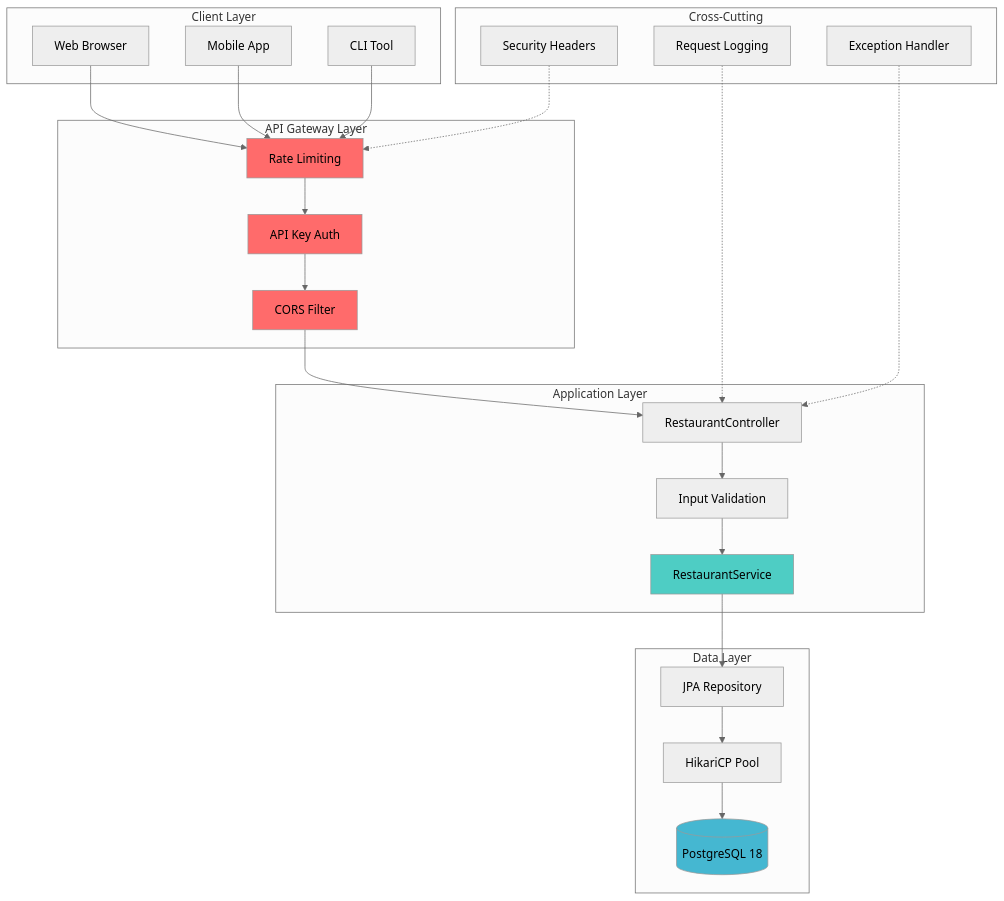
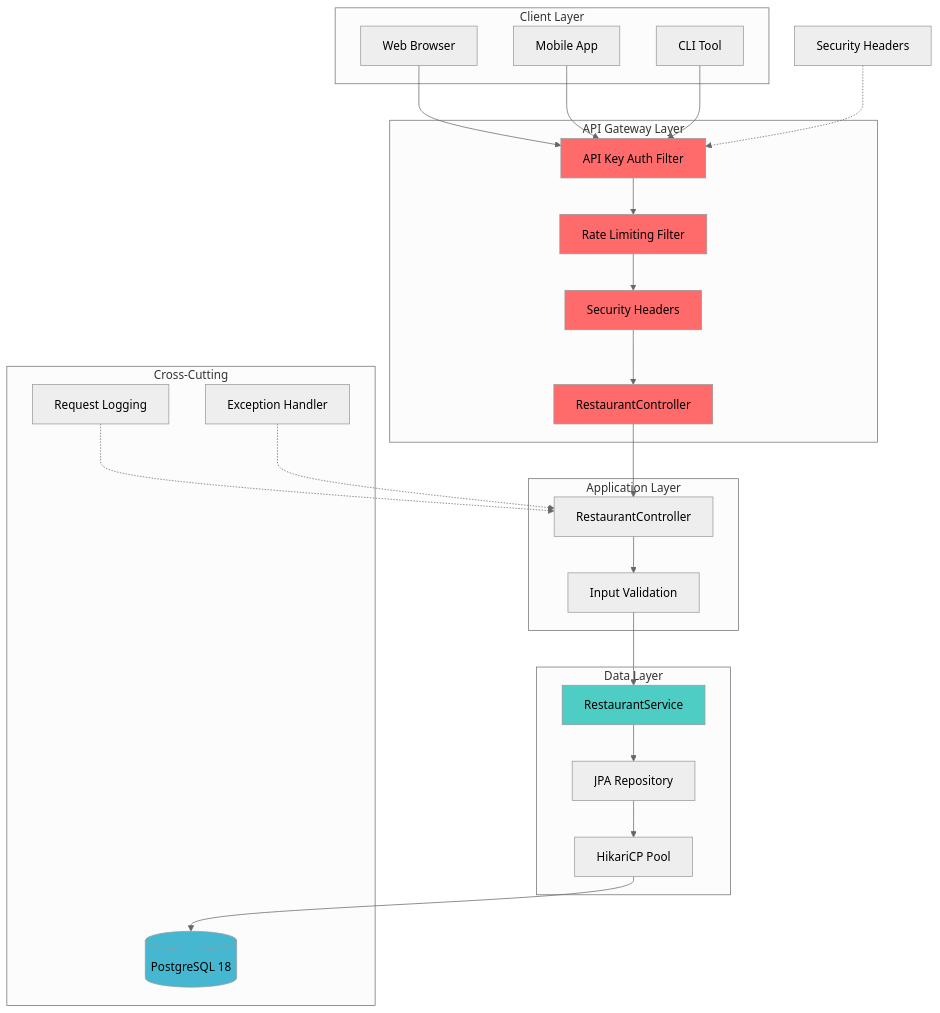
One commit to GDSC-FSC/gdg-fsc-x-bc-cloud-workshop changed the first of 3 diagrams in docs/api/README.md. Above: the diagram before and after it, drawn with Mermaid (neutral theme). The commit also changed other lines of this file and 31 other files, not shown here.

````diff
--- a/docs/api/README.md
+++ b/docs/api/README.md
@@ -99,56 +99,59 @@
 ```mermaid
 graph TB
     subgraph "Client Layer"
         A[Web Browser]
         B[Mobile App]
         C[CLI Tool]
     end
     
     subgraph "API Gateway Layer"
-        D[Rate Limiting]
-        E[API Key Auth]
-        F[CORS Filter]
+        D[API Key Auth Filter]
+        E[Rate Limiting Filter]
+        F[Security Headers]
+        G[CORS Filter]
     end
     
     subgraph "Application Layer"
         G[RestaurantController]
         H[Input Validation]
         I[RestaurantService]
     end
     
     subgraph "Data Layer"
         J[JPA Repository]
         K[HikariCP Pool]
         L[(PostgreSQL 18)]
     end
     
     subgraph "Cross-Cutting"
         M[Request Logging]
         N[Exception Handler]
         O[Security Headers]
     end
     
     A --> D
     B --> D
     C --> D
     
     D --> E
     E --> F
     F --> G
+    G --> H[RestaurantController]
     
-    G --> H
-    H --> I
-    I --> J
-    J --> K
-    K --> L
+    H --> I[Input Validation]
+    I --> J[RestaurantService]
+    J --> K[JPA Repository]
+    K --> L[HikariCP Pool]
+    L --> M[(PostgreSQL 18)]
     
-    M -.-> G
-    N -.-> G
-    O -.-> D
+    N[Request Logging] -.-> H
+    O[Exception Handler] -.-> H
+    P[Security Headers] -.-> D
     
     style D fill:#ff6b6b
     style E fill:#ff6b6b
     style F fill:#ff6b6b
-    style I fill:#4ecdc4
-    style L fill:#45b7d1
+    style G fill:#ff6b6b
+    style J fill:#4ecdc4
+    style M fill:#45b7d1
 ```
````
